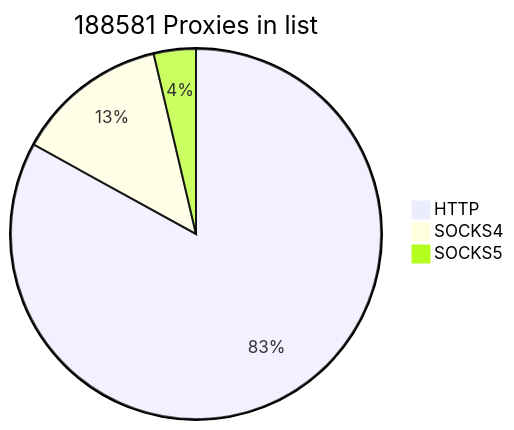
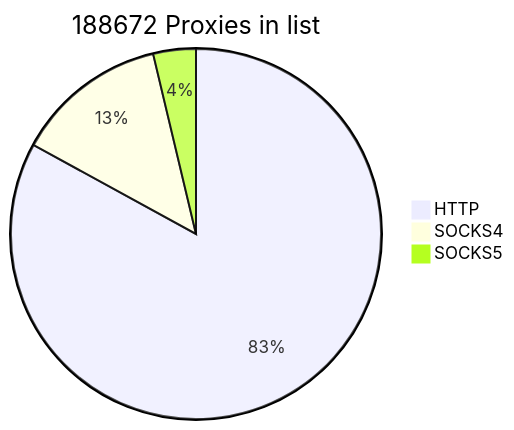
Before and after one commit to cutipu/proxylist: the first of 2 diagrams in README.md, drawn with Mermaid. The commit also changed other lines of this file, not shown here.

````diff
--- a/README.md
+++ b/README.md
@@ -2,7 +2,7 @@
 ```mermaid
-pie title 188581 Proxies in list
+pie title 188672 Proxies in list
     "HTTP" : 156553
     "SOCKS4" : 25098
-    "SOCKS5" : 6930
+    "SOCKS5" : 7021
             
 ```
````
